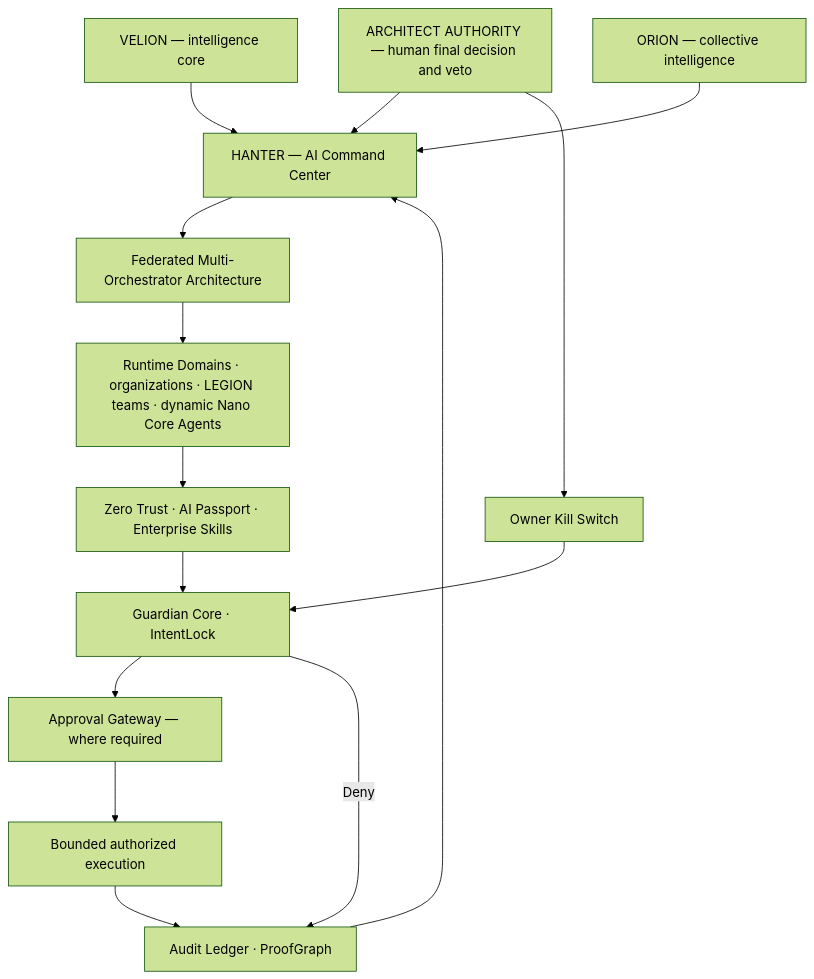
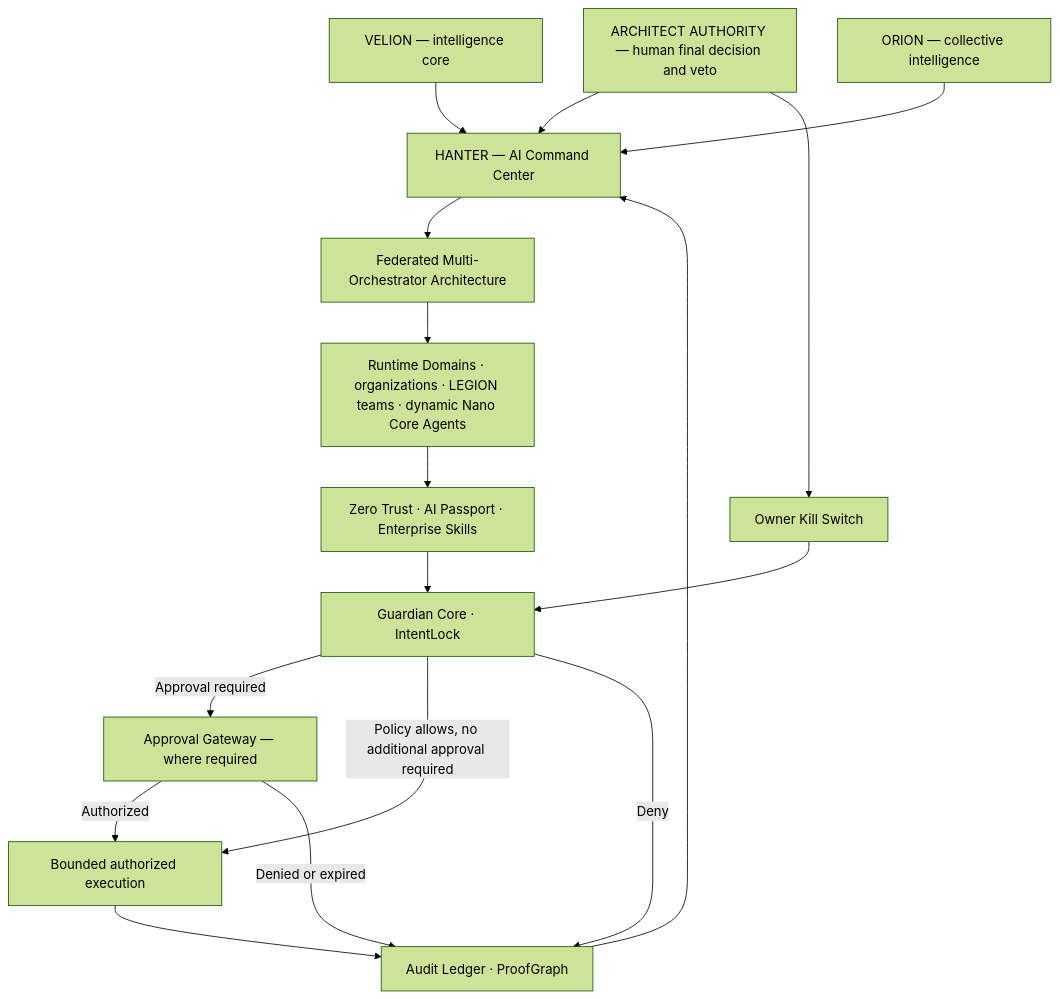
Before and after one commit to oromaskevic23-cmd/oromaskevic23-cmd: the diagram in docs/UNIFIED_ECOSYSTEM_EVIDENCE.md, drawn with Mermaid (forest theme).

Commit message:
Clarify allow, deny and approval paths in architecture map [skip ci]

````diff
--- a/docs/UNIFIED_ECOSYSTEM_EVIDENCE.md
+++ b/docs/UNIFIED_ECOSYSTEM_EVIDENCE.md
@@ -9,17 +9,19 @@
 ```mermaid
 flowchart TD
     A["ARCHITECT AUTHORITY — human final decision and veto"] --> H["HANTER — AI Command Center"]
     V["VELION — intelligence core"] --> H
     O["ORION — collective intelligence"] --> H
     H --> F["Federated Multi-Orchestrator Architecture"]
     F --> N["Runtime Domains · organizations · LEGION teams · dynamic Nano Core Agents"]
     N --> Z["Zero Trust · AI Passport · Enterprise Skills"]
     Z --> G["Guardian Core · IntentLock"]
-    G --> P["Approval Gateway — where required"]
+    G -->|Approval required| P["Approval Gateway — where required"]
+    G -->|Policy allows, no additional approval required| E["Bounded authorized execution"]
     G -->|Deny| L["Audit Ledger · ProofGraph"]
-    P --> E["Bounded authorized execution"]
+    P -->|Authorized| E
+    P -->|Denied or expired| L
     E --> L
     L --> H
     A --> K["Owner Kill Switch"]
     K --> G
 ```
````
